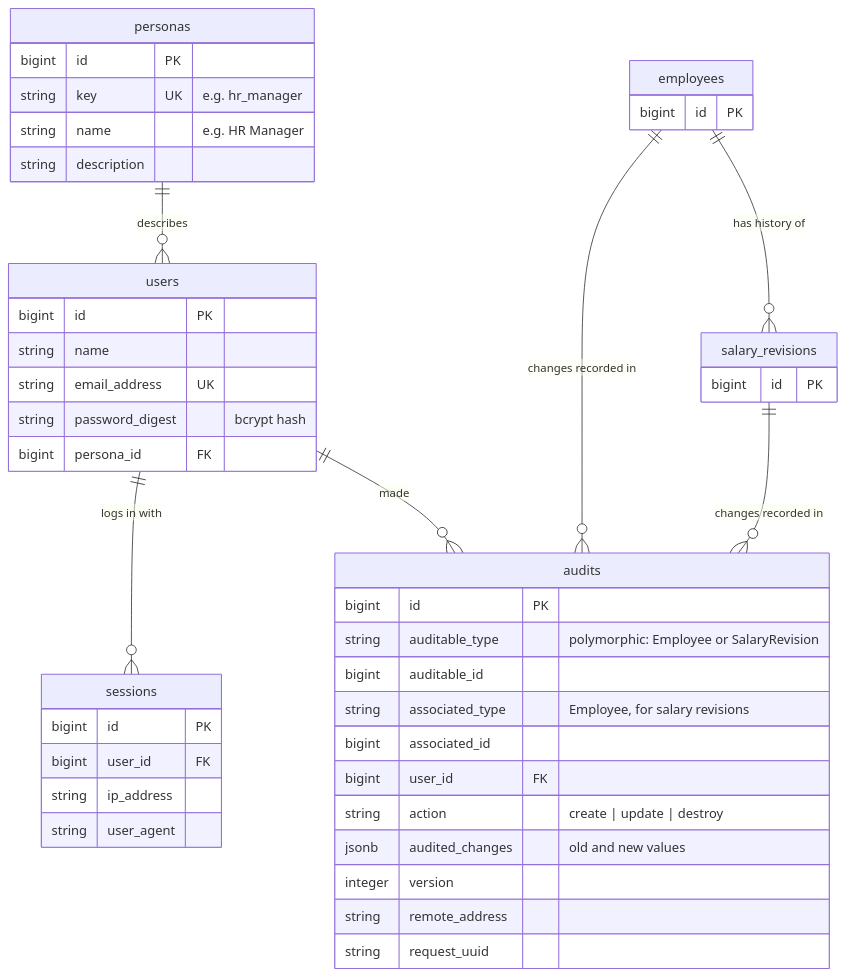
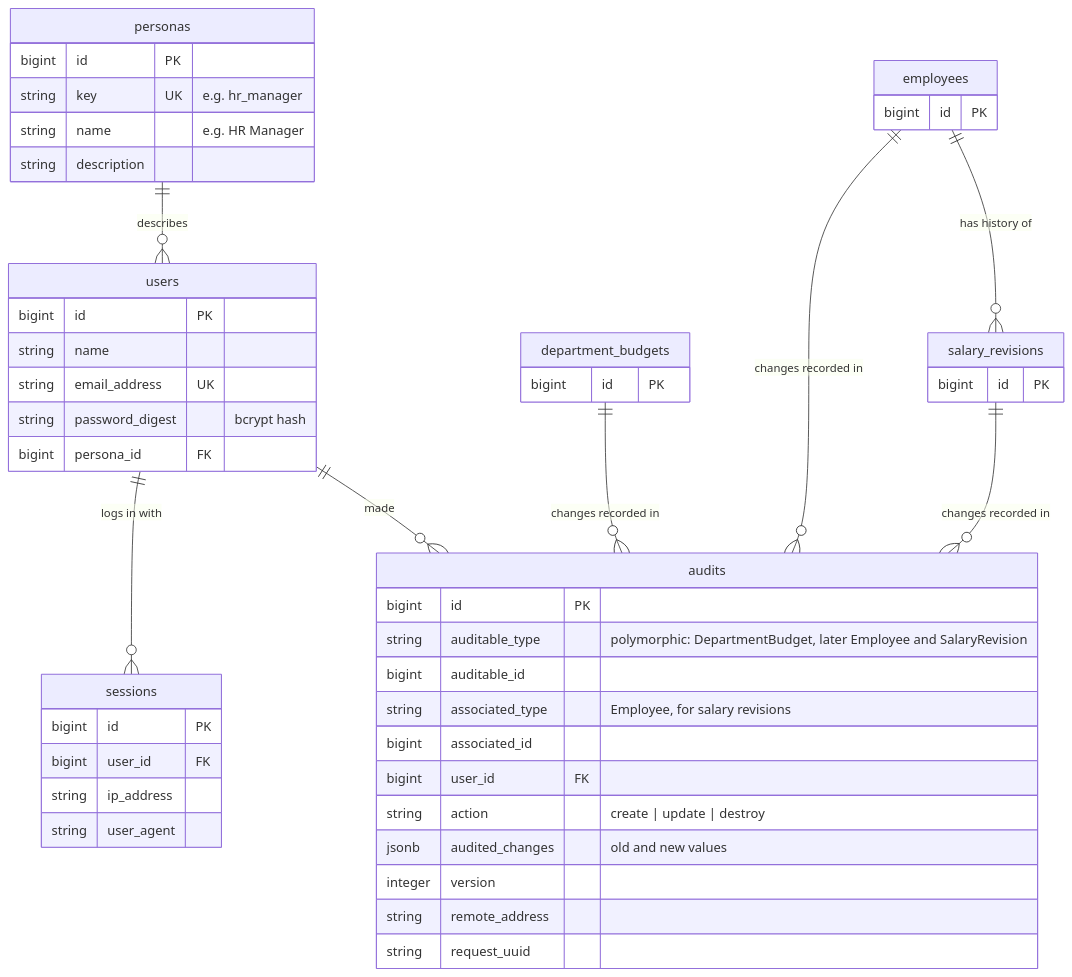
The second of 2 diagrams in docs/schema.md (Kaustubh-githubs/Horizon), drawn with Mermaid before and after one commit. The commit also changed other lines of this file and 5 other files, not shown here.

Commit message:
docs: decide department budgets in INR with history on the audit trail (ADR 0020)

````diff
--- a/docs/schema.md
+++ b/docs/schema.md
@@ -70,48 +80,52 @@
 ```mermaid
 erDiagram
     personas ||--o{ users : "describes"
     users ||--o{ sessions : "logs in with"
     users ||--o{ audits : "made"
+    department_budgets ||--o{ audits : "changes recorded in"
     employees ||--o{ audits : "changes recorded in"
     employees ||--o{ salary_revisions : "has history of"
     salary_revisions ||--o{ audits : "changes recorded in"
 
     personas {
         bigint id PK
         string key UK "e.g. hr_manager"
         string name "e.g. HR Manager"
         string description
     }
     users {
         bigint id PK
         string name
         string email_address UK
         string password_digest "bcrypt hash"
         bigint persona_id FK
     }
     sessions {
         bigint id PK
         bigint user_id FK
         string ip_address
         string user_agent
     }
     audits {
         bigint id PK
-        string auditable_type "polymorphic: Employee or SalaryRevision"
+        string auditable_type "polymorphic: DepartmentBudget, later Employee and SalaryRevision"
         bigint auditable_id
         string associated_type "Employee, for salary revisions"
         bigint associated_id
         bigint user_id FK
         string action "create | update | destroy"
         jsonb audited_changes "old and new values"
         integer version
         string remote_address
         string request_uuid
     }
+    department_budgets {
+        bigint id PK
+    }
     employees {
         bigint id PK
     }
     salary_revisions {
         bigint id PK
     }
 ```
````
